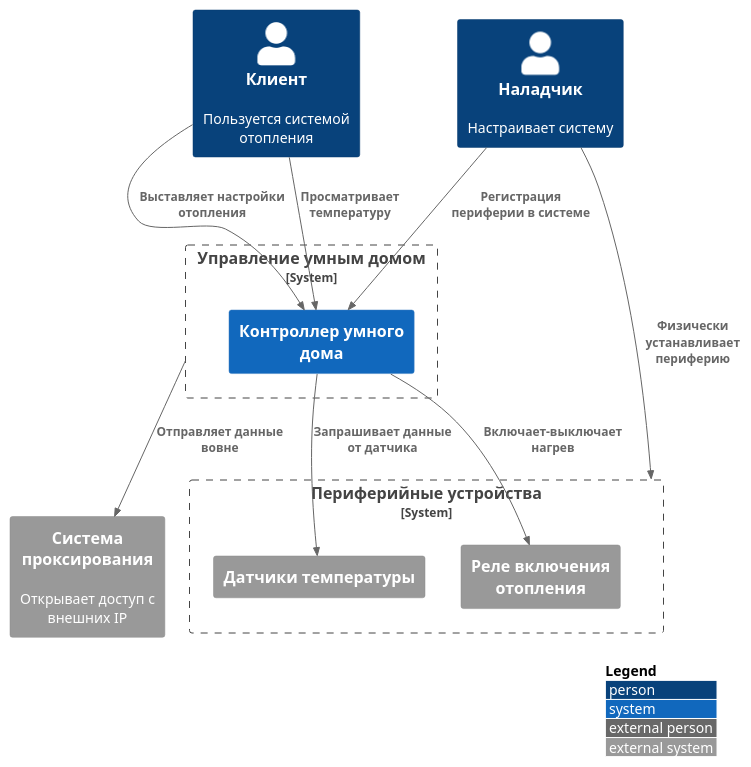
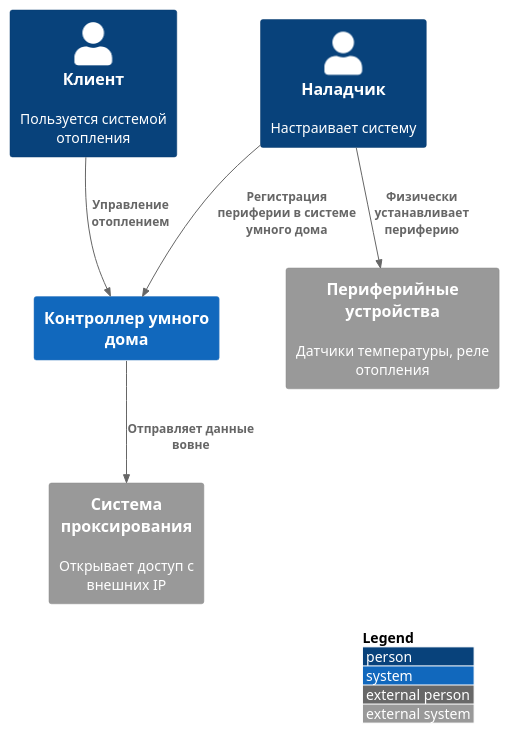
One commit to Felix-neko/architecture-pro-warmhouse changed the diagram in diagrams/task1_context/context.puml. Above: the diagram before and after it, drawn with PlantUML. The commit also changed 5 other files, not shown here.

Commit message:
Добавляем диаграмму контейнеров с описанием...

```diff
--- a/diagrams/task1_context/context.puml
+++ b/diagrams/task1_context/context.puml
@@ -1,47 +1,40 @@
 @startuml
 !include ../../../../C4-PlantUML/C4_Context.puml
 ' !include https://raw.githubusercontent.com/plantuml-stdlib/C4-PlantUML/master/C4_Context.puml
 
 LAYOUT_TOP_DOWN()
 'LAYOUT_AS_SKETCH()
 LAYOUT_WITH_LEGEND()
 
 ' Писано не по коду в репозитории, а по тексту задания.
 ' Основные домены:
 ' - Управление умным домом
 ' - Регистрация периферии
 ' -
 
 
 ' Пользователи
 Person(customer, "Клиент", "Пользуется системой отопления")
 Person(admin, "Наладчик", "Настраивает систему")
 
 ' Основные системы
 
-System_Boundary(smart_home_domain, "Управление умным домом"){
-    System(smart_home_controller, "Контроллер умного дома")
-}
+System(smart_home_controller, "Контроллер умного дома")
 
+System_Ext(peripheral_devices_2, "Периферийные устройства", "Датчики температуры, реле отопления")
 
-System_Boundary(peripheral_devices, "Периферийные устройства"){
-    System_Ext(temp_sensor, "Датчики температуры")
-    System_Ext(heater_relay, "Реле включения отопления")
-}
 
 System_Ext(proxying_system, "Система проксирования", "Открывает доступ с внешних IP")
 
 
 ' Взаимодействия
 
-Rel(customer, smart_home_controller, "Выставляет настройки отопления")
-Rel(customer, smart_home_controller, "Просматривает температуру")
+Rel(customer, smart_home_controller, "Управление отоплением")
 
-Rel(admin, peripheral_devices, "Физически устанавливает периферию")
-Rel(smart_home_domain, proxying_system, "Отправляет данные вовне")
+Rel(admin, peripheral_devices_2, "Физически устанавливает периферию")
+Rel(admin, smart_home_controller, "Регистрация периферии в системе умного дома")
 
-Rel(smart_home_controller, temp_sensor, "Запрашивает данные от датчика")
-Rel(smart_home_controller, heater_relay, "Включает-выключает нагрев")
-Rel(admin, smart_home_controller, "Регистрация периферии в системе")
+Rel(smart_home_controller, proxying_system, "Отправляет данные вовне")
+
 
 @enduml
```
